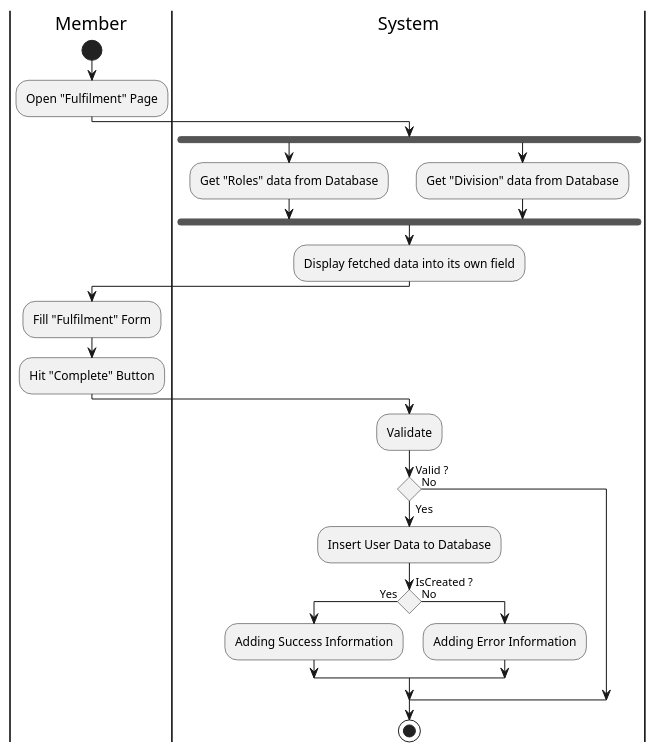
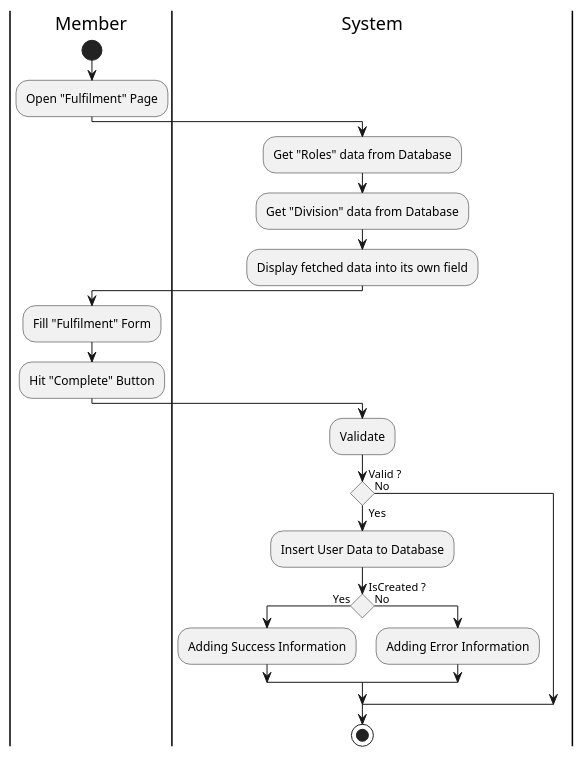
The diagram in Activity/Release01/Register.wsd (fwidjaya20/fazzlearning-uml), drawn with PlantUML before and after one commit.

Commit message:
fix(activity): remove forking

```diff
--- a/Activity/Release01/Register.wsd
+++ b/Activity/Release01/Register.wsd
@@ -1,39 +1,36 @@
 @startuml Register
 
 skinparam ConditionEndStyle hline
 skinparam conditionStyle diamond
 skinparam Monochrome true
 skinparam Shadowing false
 
 |Member|
 start
 :Open "Fulfilment" Page;
 
 
 |System|
-fork
-    :Get "Roles" data from Database;
-forkagain
-    :Get "Division" data from Database;
-endfork
+:Get "Roles" data from Database;
+:Get "Division" data from Database;
 :Display fetched data into its own field;
 
 |Member|
 :Fill "Fulfilment" Form;
 :Hit "Complete" Button;
 
 |System|
 :Validate;
 
 if (Valid ?) then (Yes)
     :Insert User Data to Database;
     if (IsCreated ?) then (Yes)
         :Adding Success Information;
     else (No)
         :Adding Error Information;
     endif
 else (No)
 endif
 stop
 
 @enduml
```
